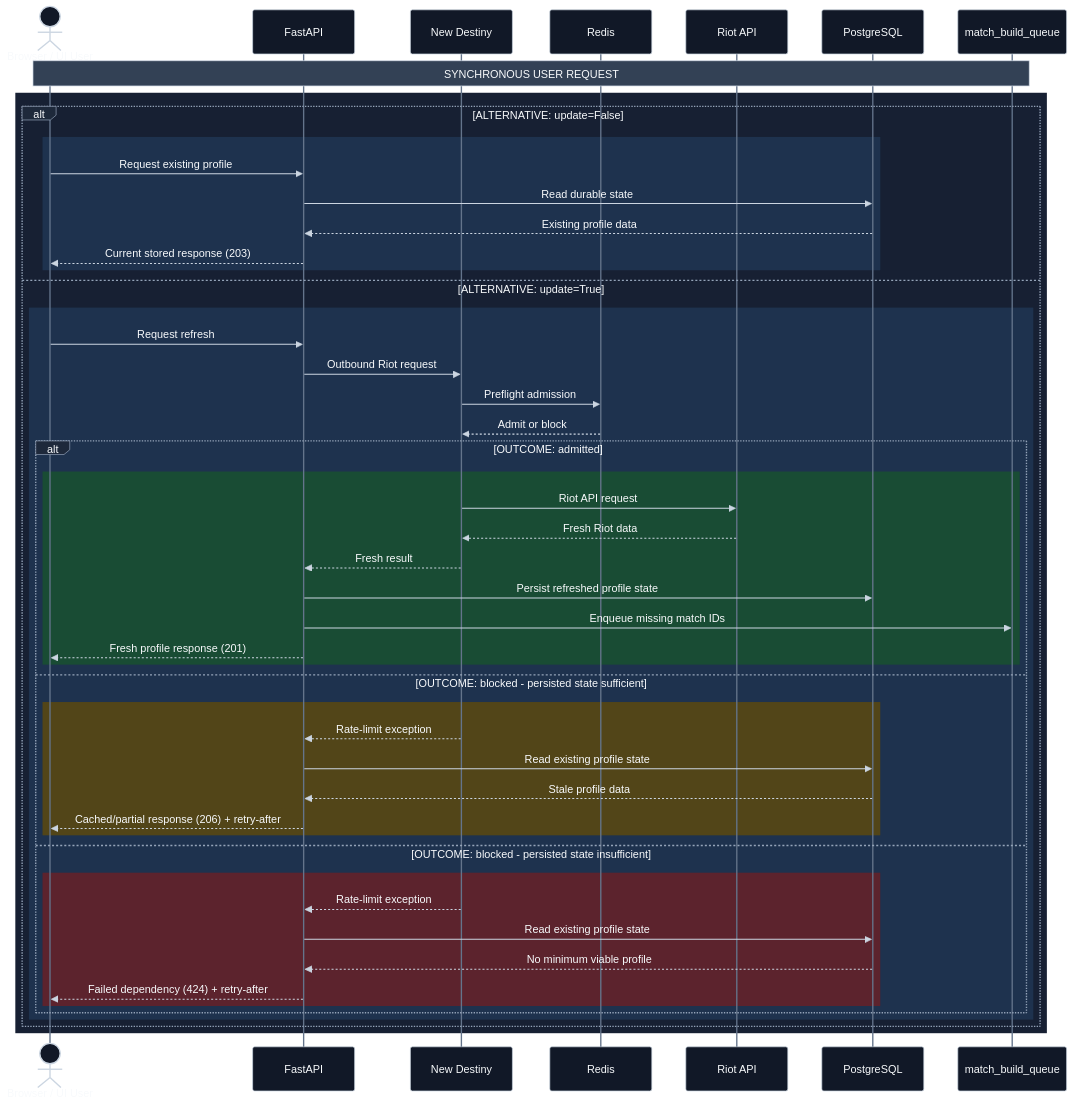
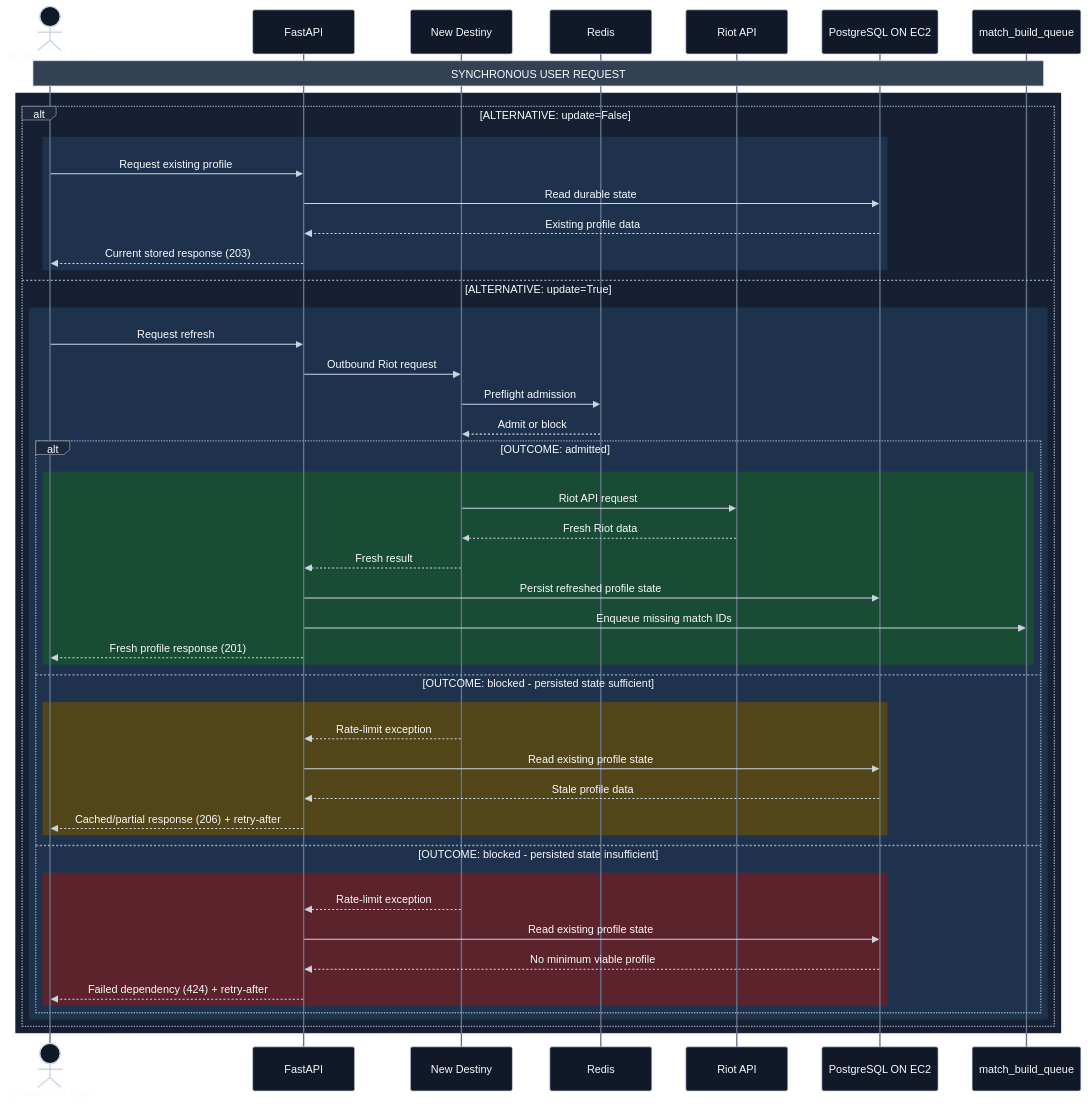
Before and after one commit to winrates-gg/wrgg-public-documentation: the fourth of 8 diagrams in docs/backend-runtime.md, drawn with Mermaid. The commit also changed other lines of this file and 5 other files, not shown here.

````diff
--- a/docs/backend-runtime.md
+++ b/docs/backend-runtime.md
@@ -238,55 +239,55 @@
 ```mermaid
 %%{init: {"theme": "base", "themeVariables": {"background": "#0f172a", "primaryColor": "#172033", "primaryTextColor": "#f8fafc", "primaryBorderColor": "#94a3b8", "lineColor": "#cbd5e1", "actorBkg": "#111827", "actorBorder": "#cbd5e1", "actorTextColor": "#f8fafc", "actorLineColor": "#64748b", "signalColor": "#cbd5e1", "signalTextColor": "#f8fafc", "labelBoxBkgColor": "#1e293b", "labelBoxBorderColor": "#94a3b8", "labelTextColor": "#f8fafc", "noteBkgColor": "#334155", "noteBorderColor": "#cbd5e1", "noteTextColor": "#f8fafc"}}}%%
 sequenceDiagram
     actor User as Browser / UI User
     participant API as FastAPI
     participant ND as New Destiny
     participant Redis as Redis
     participant Riot as Riot API
-    participant DB as PostgreSQL
+    participant DB as PostgreSQL ON EC2
     participant Queue as match_build_queue
 
     Note over User,Queue: SYNCHRONOUS USER REQUEST
     rect rgb(23, 32, 51)
         alt ALTERNATIVE: update=False
             rect rgb(30, 50, 78)
                 User->>API: Request existing profile
                 API->>DB: Read durable state
                 DB-->>API: Existing profile data
                 API-->>User: Current stored response (203)
             end
         else ALTERNATIVE: update=True
             rect rgb(30, 50, 78)
                 User->>API: Request refresh
                 API->>ND: Outbound Riot request
                 ND->>Redis: Preflight admission
                 Redis-->>ND: Admit or block
 
                 alt OUTCOME: admitted
                     rect rgb(25, 76, 52)
                         ND->>Riot: Riot API request
                         Riot-->>ND: Fresh Riot data
                         ND-->>API: Fresh result
                         API->>DB: Persist refreshed profile state
                         API->>Queue: Enqueue missing match IDs
                         API-->>User: Fresh profile response (201)
                     end
                 else OUTCOME: blocked - persisted state sufficient
                     rect rgb(82, 69, 24)
                         ND-->>API: Rate-limit exception
                         API->>DB: Read existing profile state
                         DB-->>API: Stale profile data
                         API-->>User: Cached/partial response (206) + retry-after
                     end
                 else OUTCOME: blocked - persisted state insufficient
                     rect rgb(92, 35, 45)
                         ND-->>API: Rate-limit exception
                         API->>DB: Read existing profile state
                         DB-->>API: No minimum viable profile
                         API-->>User: Failed dependency (424) + retry-after
                     end
                 end
             end
         end
     end
 ```
````
